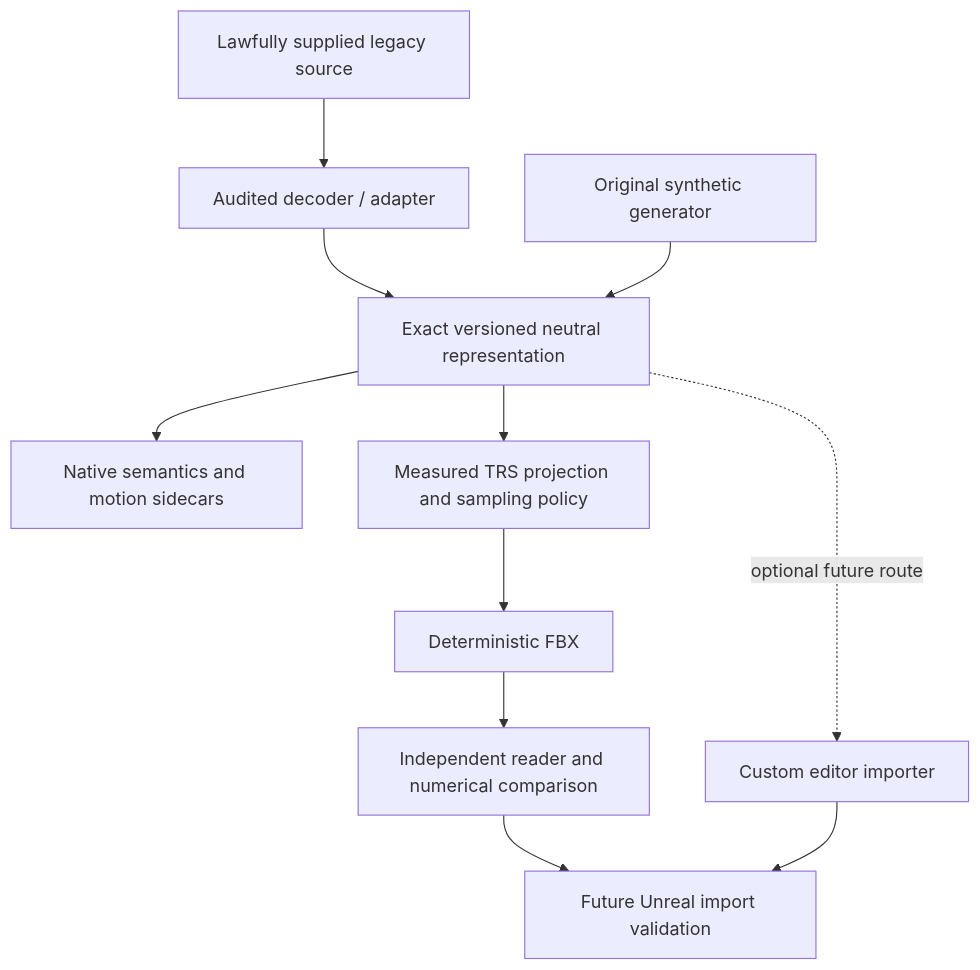
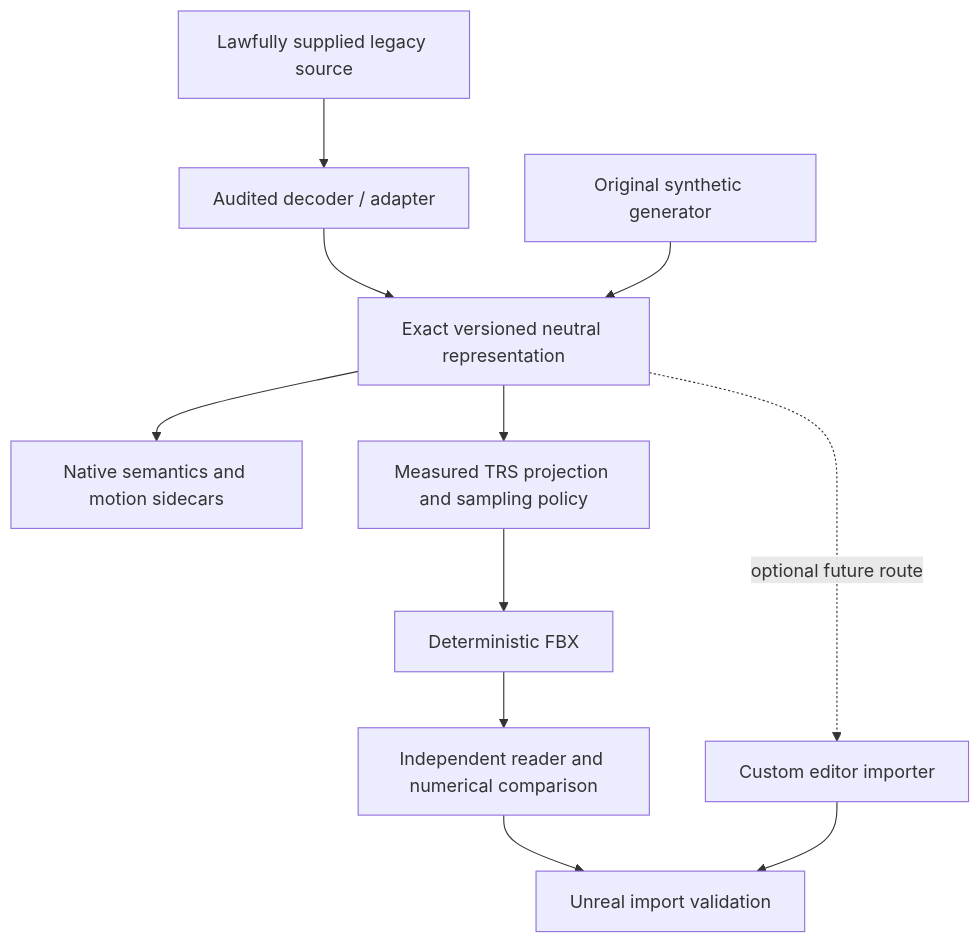
The diagram in README.md (JakubOdyssey/legacy-gr2-unreal-pipeline), drawn with Mermaid before and after one commit. The commit also changed other lines of this file, not shown here.

Commit message:
Document Unreal skeletal and animation validation

````diff
--- a/README.md
+++ b/README.md
@@ -19,13 +29,13 @@
 ```mermaid
 flowchart TD
     A[Lawfully supplied legacy source] --> B[Audited decoder / adapter]
     B --> C[Exact versioned neutral representation]
     S[Original synthetic generator] --> C
     C --> D[Native semantics and motion sidecars]
     C --> E[Measured TRS projection and sampling policy]
     E --> F[Deterministic FBX]
     F --> G[Independent reader and numerical comparison]
-    G --> H[Future Unreal import validation]
+    G --> H[Unreal import validation]
     C -. optional future route .-> I[Custom editor importer]
     I --> H
 ```
````
